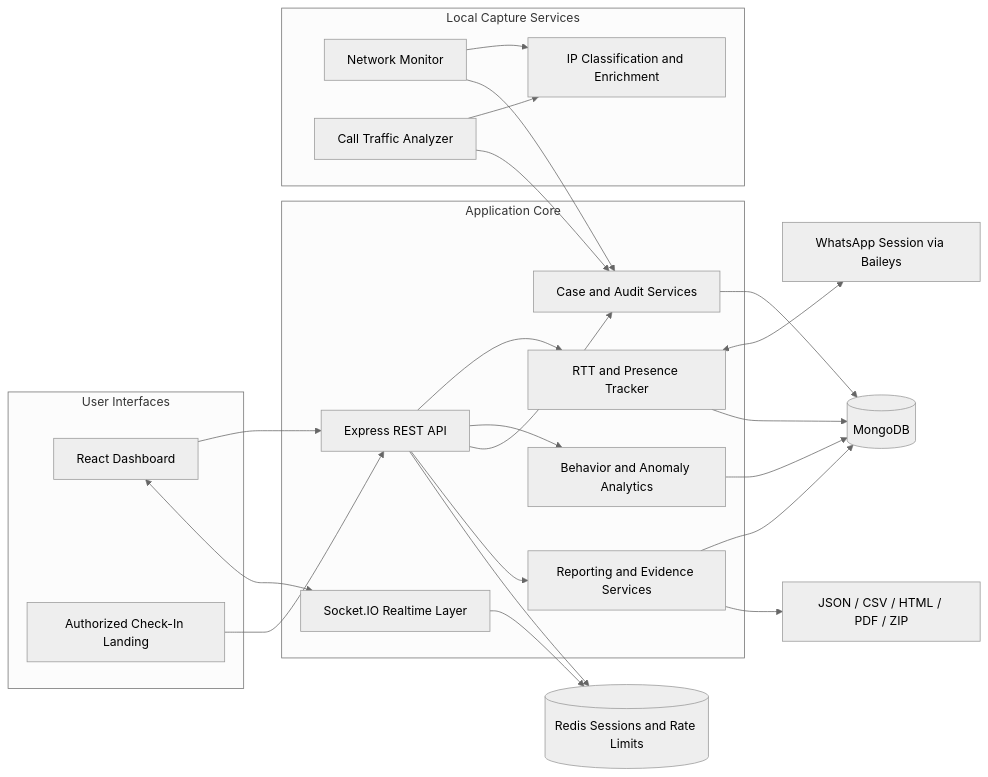
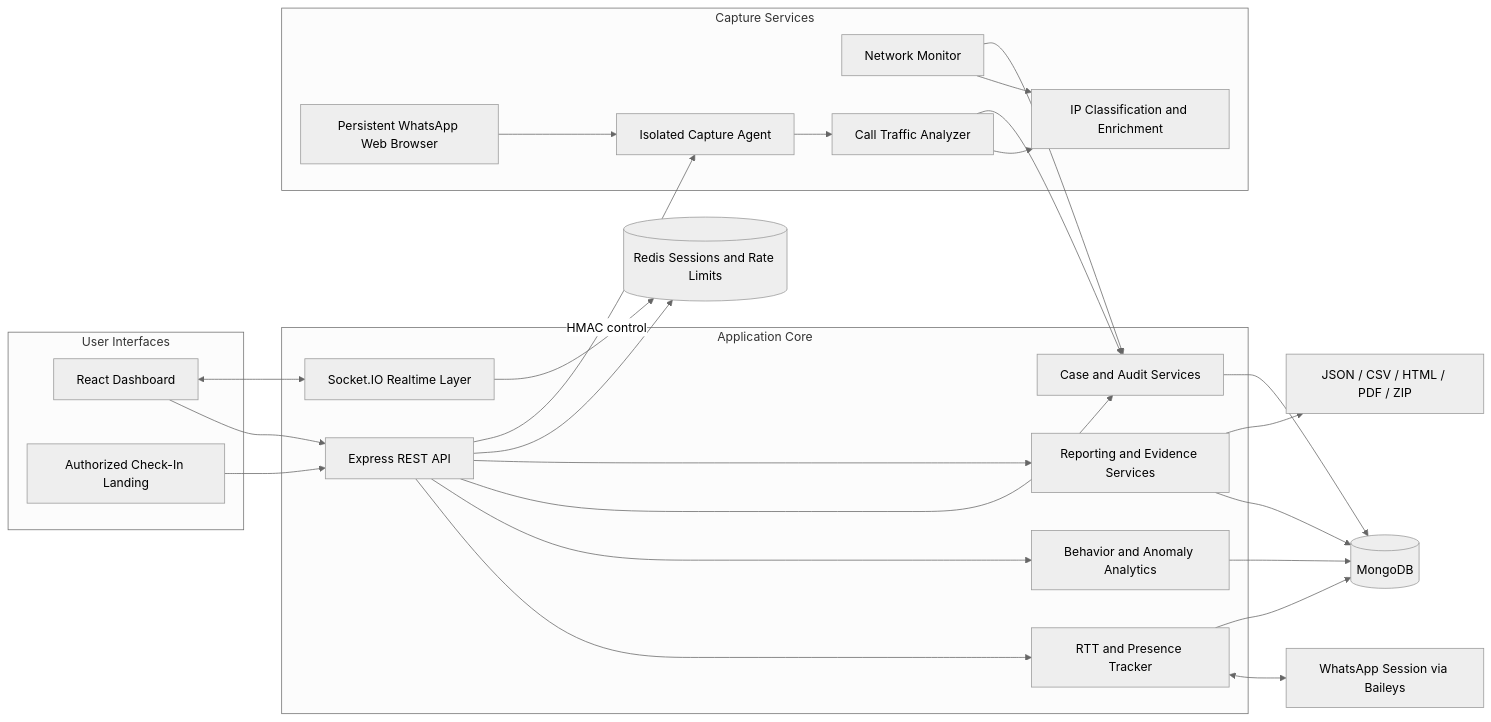
One commit to deco31416/wp-monitor changed the first of 4 diagrams in README.md. Above: the diagram before and after it, drawn with Mermaid (neutral theme). The commit also changed other lines of this file and 74 other files, not shown here.

````diff
--- a/README.md
+++ b/README.md
@@ -75,50 +75,55 @@
 ```mermaid
 flowchart LR
     subgraph Interfaces[User Interfaces]
         Dashboard[React Dashboard]
         CheckIn[Authorized Check-In Landing]
     end
 
     subgraph Application[Application Core]
         API[Express REST API]
         Realtime[Socket.IO Realtime Layer]
         Tracker[RTT and Presence Tracker]
         Intelligence[Behavior and Anomaly Analytics]
         Cases[Case and Audit Services]
         Reports[Reporting and Evidence Services]
     end
 
-    subgraph LocalServices[Local Capture Services]
+    subgraph CaptureServices[Capture Services]
         Network[Network Monitor]
         Calls[Call Traffic Analyzer]
+        Browser[Persistent WhatsApp Web Browser]
+        Agent[Isolated Capture Agent]
         IPIntel[IP Classification and Enrichment]
     end
 
     WhatsApp[WhatsApp Session via Baileys]
     Mongo[(MongoDB)]
     Redis[(Redis Sessions and Rate Limits)]
     Exports[JSON / CSV / HTML / PDF / ZIP]
 
     Dashboard --> API
     Dashboard <--> Realtime
     CheckIn --> API
 
     API --> Tracker
     API --> Intelligence
     API --> Cases
     API --> Reports
 
     Tracker <--> WhatsApp
     Tracker --> Mongo
     Intelligence --> Mongo
     Cases --> Mongo
     Reports --> Mongo
     API --> Redis
     Realtime --> Redis
 
     Network --> IPIntel
+    Browser --> Agent
+    API -->|HMAC control| Agent
+    Agent --> Calls
     Calls --> IPIntel
     Network --> Cases
     Calls --> Cases
     Reports --> Exports
 ```
````
